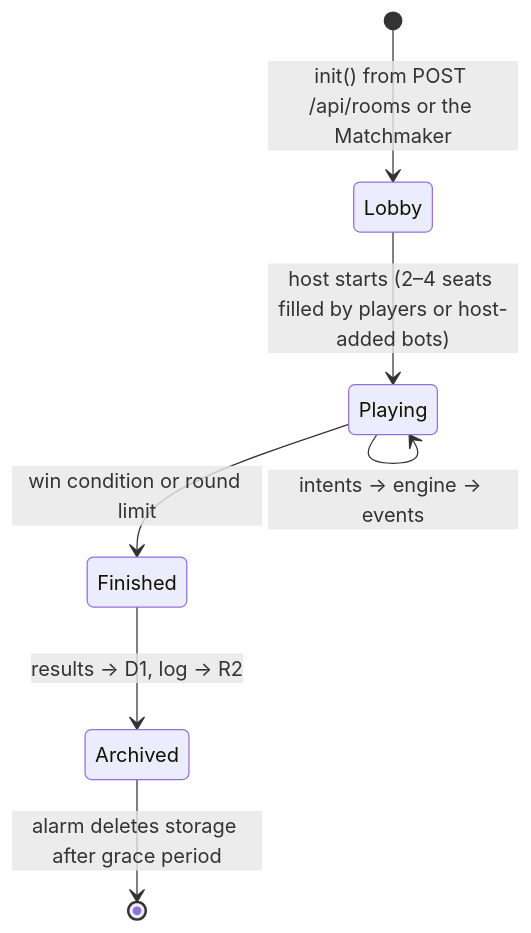
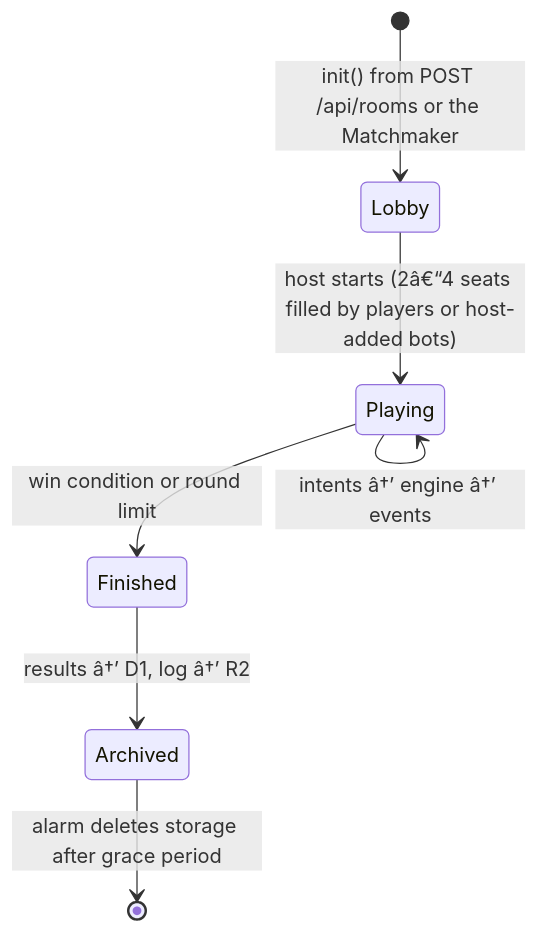
The second of 3 diagrams in docs/ARCHITECTURE.md (Rusutsu-Studios/Polytour), drawn with Mermaid before and after one commit. The commit also changed other lines of this file and 8 other files, not shown here.

````diff
--- a/docs/ARCHITECTURE.md
+++ b/docs/ARCHITECTURE.md
@@ -266,9 +268,9 @@
 ```mermaid
 stateDiagram-v2
   [*] --> Lobby: init() from POST /api/rooms or the Matchmaker
-  Lobby --> Playing: host starts (2–4 seats filled by players or host-added bots)
-  Playing --> Playing: intents → engine → events
+  Lobby --> Playing: host starts (2â€“4 seats filled by players or host-added bots)
+  Playing --> Playing: intents â†’ engine â†’ events
   Playing --> Finished: win condition or round limit
-  Finished --> Archived: results → D1, log → R2
+  Finished --> Archived: results â†’ D1, log â†’ R2
   Archived --> [*]: alarm deletes storage after grace period
 ```
````
